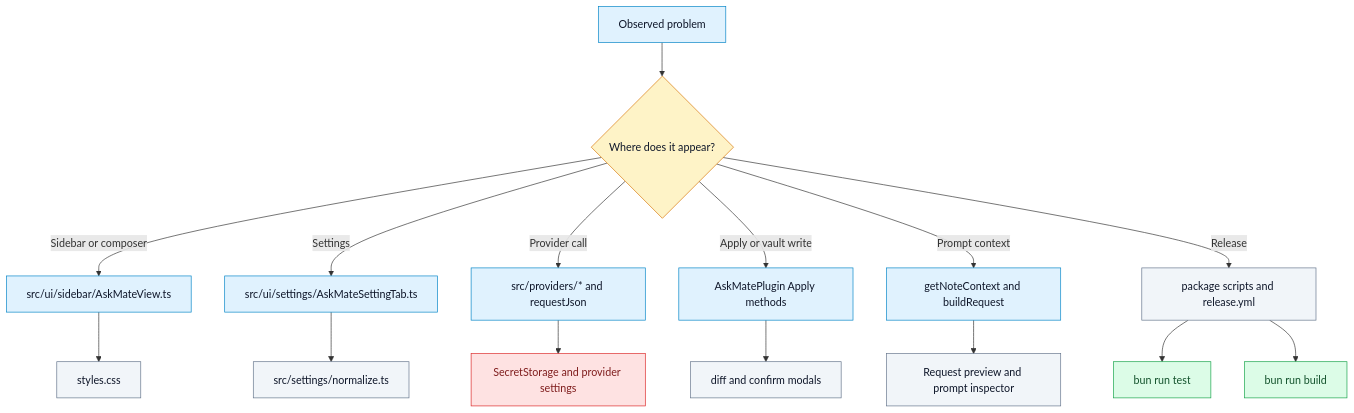
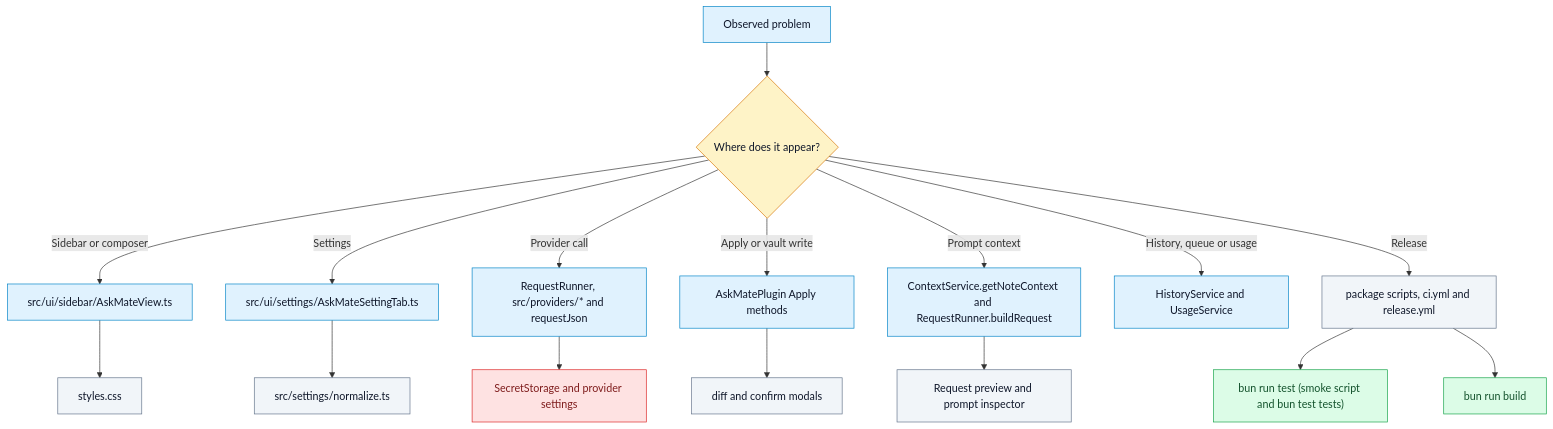
Before and after one commit to CodeWithBehnam/askmate: the diagram in DigVis/07-debugging-map.md, drawn with Mermaid. The commit also changed other lines of this file and 88 other files, not shown here.

````diff
--- a/DigVis/07-debugging-map.md
+++ b/DigVis/07-debugging-map.md
@@ -9,30 +9,31 @@
 ```mermaid
 flowchart TD
   Symptom["Observed problem"] --> Kind{"Where does it appear?"}
   Kind -- "Sidebar or composer" --> Sidebar["src/ui/sidebar/AskMateView.ts"]
   Kind -- "Settings" --> Settings["src/ui/settings/AskMateSettingTab.ts"]
-  Kind -- "Provider call" --> Providers["src/providers/* and requestJson"]
+  Kind -- "Provider call" --> Providers["RequestRunner, src/providers/* and requestJson"]
   Kind -- "Apply or vault write" --> Apply["AskMatePlugin Apply methods"]
-  Kind -- "Prompt context" --> Context["getNoteContext and buildRequest"]
-  Kind -- "Release" --> Release["package scripts and release.yml"]
+  Kind -- "Prompt context" --> Context["ContextService.getNoteContext and RequestRunner.buildRequest"]
+  Kind -- "History, queue or usage" --> Services["HistoryService and UsageService"]
+  Kind -- "Release" --> Release["package scripts, ci.yml and release.yml"]
 
   Sidebar --> Styles["styles.css"]
   Settings --> Normalize["src/settings/normalize.ts"]
   Providers --> Secrets["SecretStorage and provider settings"]
   Apply --> Modals["diff and confirm modals"]
   Context --> Preview["Request preview and prompt inspector"]
-  Release --> Smoke["bun run test"]
+  Release --> Smoke["bun run test (smoke script and bun test tests)"]
   Release --> Build["bun run build"]
 
   classDef core fill:#E0F2FE,stroke:#0284C7,color:#0F172A
   classDef decision fill:#FEF3C7,stroke:#D97706,color:#0F172A
   classDef risk fill:#FEE2E2,stroke:#DC2626,color:#7F1D1D
   classDef test fill:#DCFCE7,stroke:#16A34A,color:#14532D
   classDef config fill:#F1F5F9,stroke:#64748B,color:#0F172A
 
-  class Symptom,Sidebar,Settings,Providers,Apply,Context core
+  class Symptom,Sidebar,Settings,Providers,Apply,Context,Services core
   class Kind decision
   class Secrets risk
   class Smoke,Build test
   class Styles,Normalize,Modals,Preview,Release config
 ```
````
